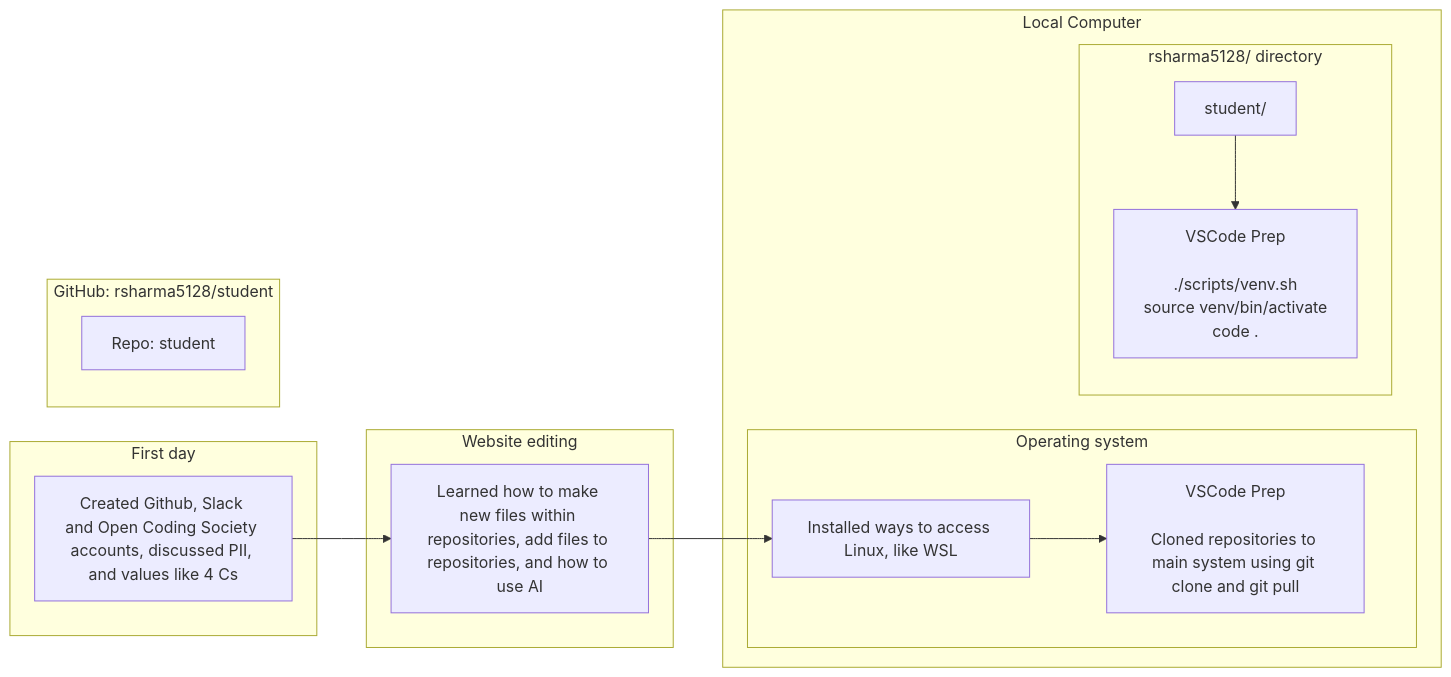
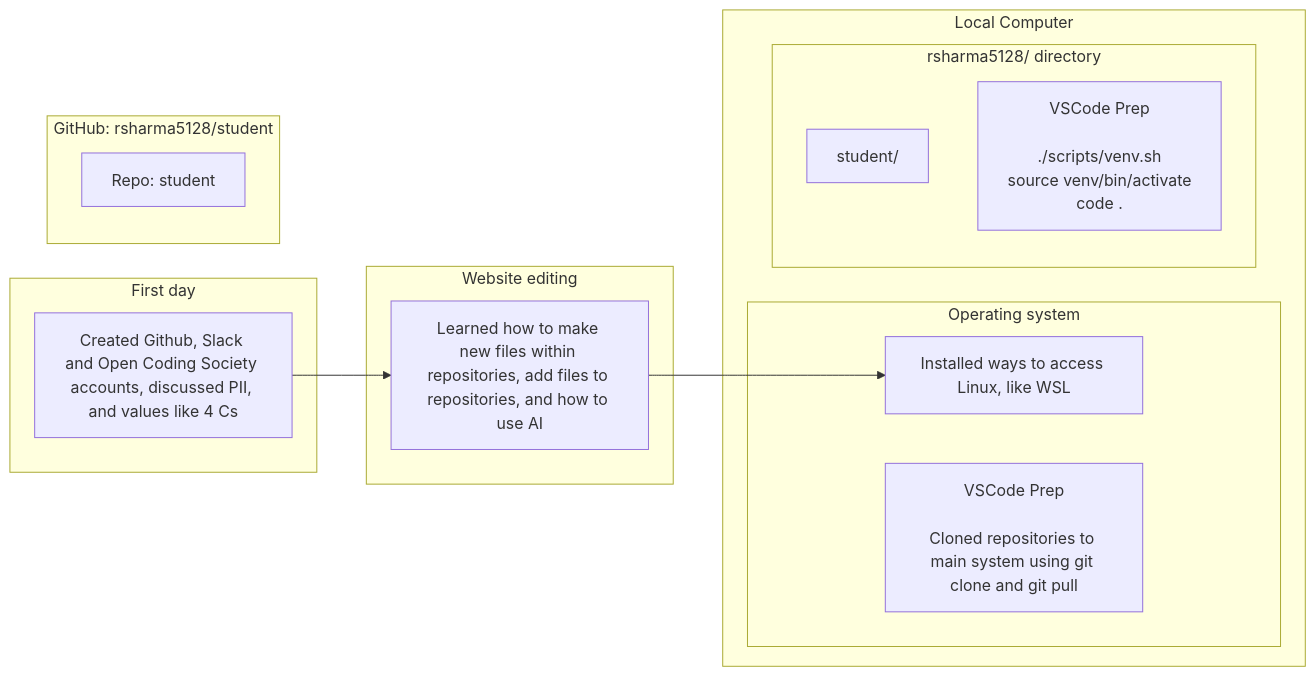
One commit to rsharma5128/student changed the second of 2 diagrams in navigation/journey.md. Above: the diagram before and after it, drawn with Mermaid.

Commit message:
Removing more arrows

````diff
--- a/navigation/journey.md
+++ b/navigation/journey.md
@@ -59,37 +59,32 @@
 ```mermaid
 flowchart LR
     %% GitHub Sources
     subgraph GitHub_Pages[First day]
         A[Created Github, Slack and Open Coding Society accounts, discussed PII, and values like 4 Cs]:::repo
     end
 
     subgraph GitHub_Template[Website editing]
         T[Learned how to make new files within repositories, add files to repositories, and how to use AI]:::repo
     end
 
     subgraph GitHub_Student[GitHub: rsharma5128/student]
         B[Repo: student]:::repo
     end
 
     %% Operating system
     subgraph Local[Local Computer]
         subgraph opencs_dir[Operating system]
             C[Installed ways to access Linux, like WSL]:::local
             Ccmd[VSCode Prep<br/><br/>Cloned repositories to main system using git clone and git pull]:::cmd
         end
         subgraph user_dir[rsharma5128/ directory]
             D[student/]:::local
             Dcmd[VSCode Prep<br/><br/>./scripts/venv.sh<br/>source venv/bin/activate<br/>code .]:::cmd
         end
     end
 
     %% Arrows: cloning
     A --> T
     T --> C
-
-
-    %% Arrows: commands
-    C --> Ccmd
-    D --> Dcmd
-
+    
 ```
````
